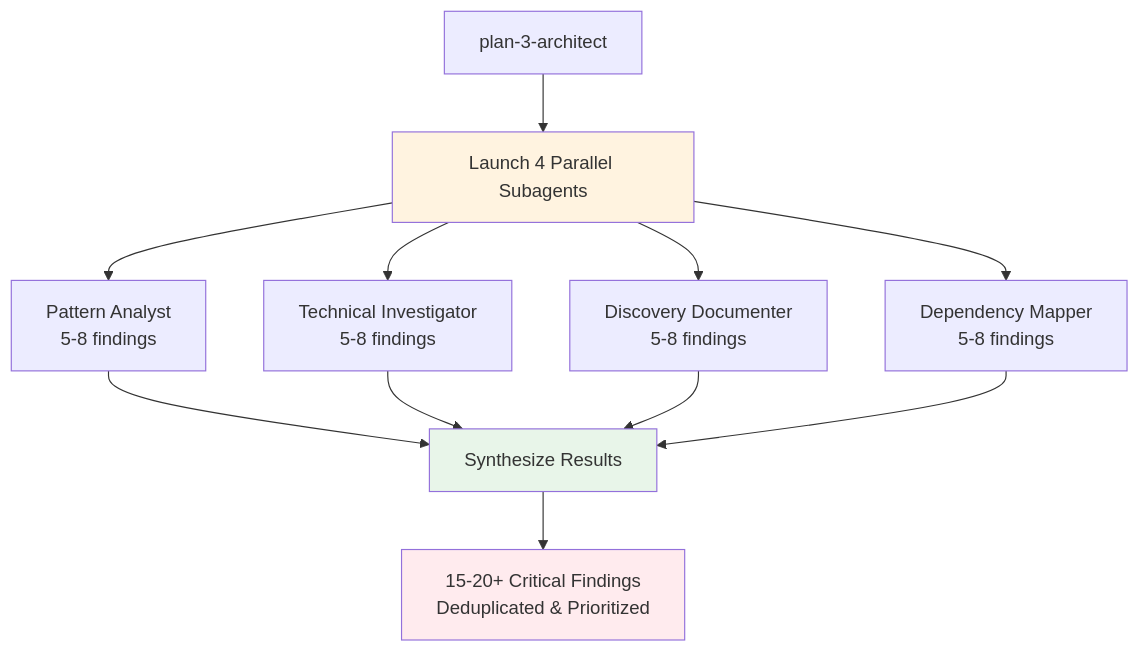
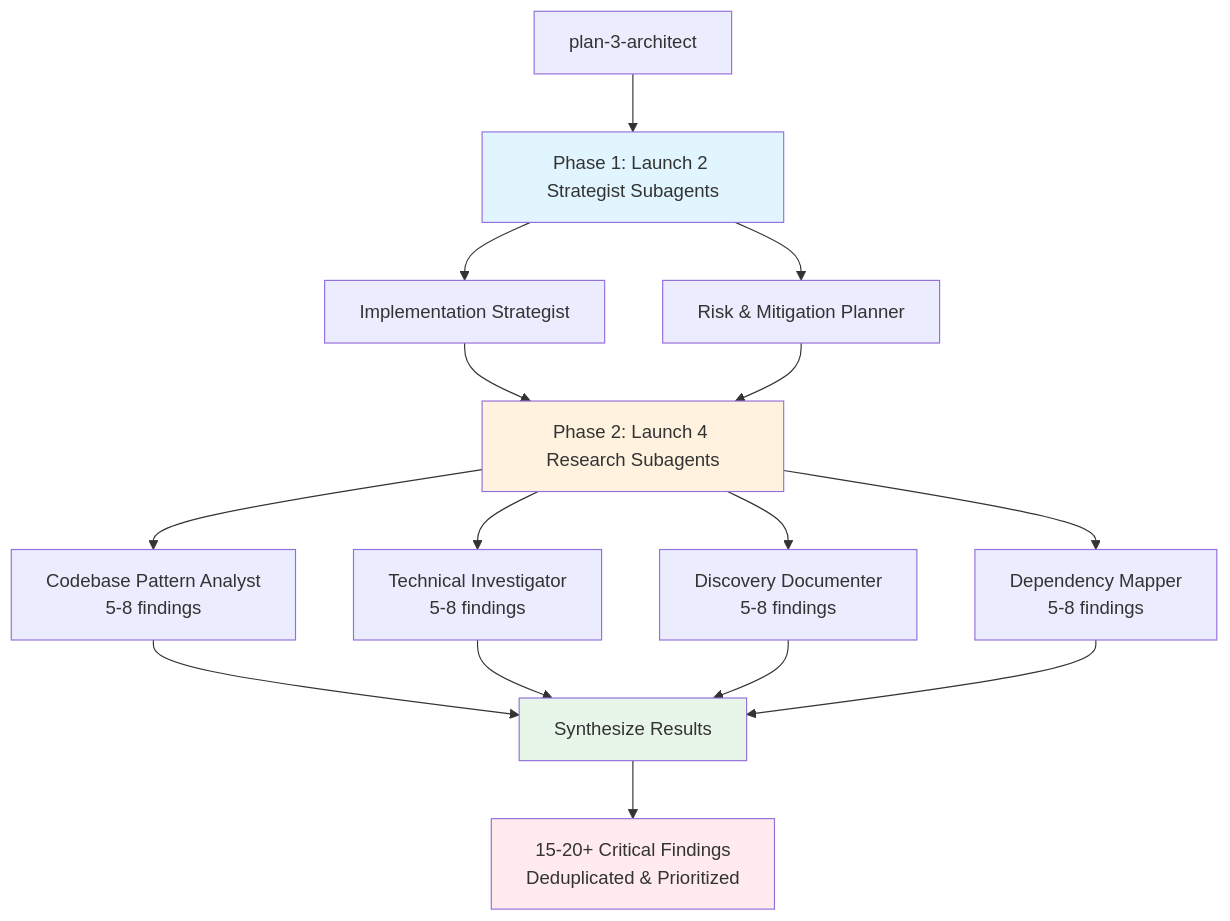
One commit to jakkaj/tools changed the third of 8 diagrams in agents/commands/README.md. Above: the diagram before and after it, drawn with Mermaid. The commit also changed other lines of this file and 19 other files, not shown here.

````diff
--- a/agents/commands/README.md
+++ b/agents/commands/README.md
@@ -274,20 +281,27 @@
 ```mermaid
 graph TD
-    P3["plan-3-architect"] --> PS["Launch 4 Parallel Subagents"]
+    P3["plan-3-architect"] --> PH1["Phase 1: Launch 2 Strategist Subagents"]
 
-    PS --> S1["Pattern Analyst<br/>5-8 findings"]
-    PS --> S2["Technical Investigator<br/>5-8 findings"]
-    PS --> S3["Discovery Documenter<br/>5-8 findings"]
-    PS --> S4["Dependency Mapper<br/>5-8 findings"]
+    PH1 --> ST1["Implementation Strategist"]
+    PH1 --> ST2["Risk & Mitigation Planner"]
+
+    ST1 --> PH2["Phase 2: Launch 4 Research Subagents"]
+    ST2 --> PH2
+
+    PH2 --> S1["Codebase Pattern Analyst<br/>5-8 findings"]
+    PH2 --> S2["Technical Investigator<br/>5-8 findings"]
+    PH2 --> S3["Discovery Documenter<br/>5-8 findings"]
+    PH2 --> S4["Dependency Mapper<br/>5-8 findings"]
 
     S1 --> SYNC["Synthesize Results"]
     S2 --> SYNC
     S3 --> SYNC
     S4 --> SYNC
 
     SYNC --> FINDINGS["15-20+ Critical Findings<br/>Deduplicated & Prioritized"]
 
-    style PS fill:#fff3e0
+    style PH1 fill:#e1f5fe
+    style PH2 fill:#fff3e0
     style SYNC fill:#e8f5e9
     style FINDINGS fill:#ffebee
 ```
````
